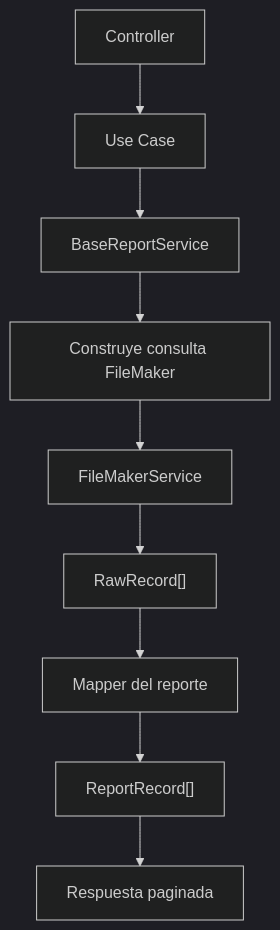
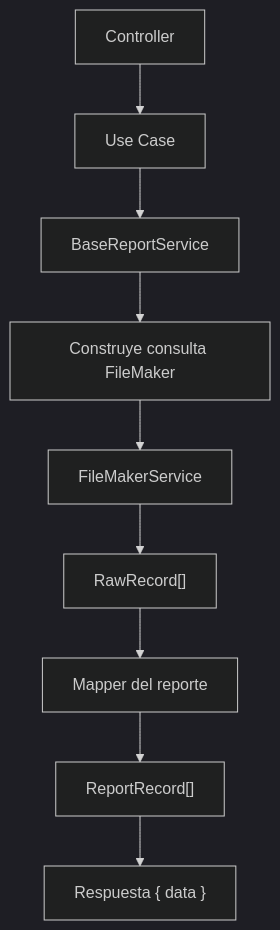
The diagram in repgen-backend/docs/reports/workflow/EXPLICACION_FLUJO_REPORTES.md (99-Soluciones/rep-gen), drawn with Mermaid (dark theme) before and after one commit. The commit also changed other lines of this file and 63 other files, not shown here.

````diff
--- a/repgen-backend/docs/reports/workflow/EXPLICACION_FLUJO_REPORTES.md
+++ b/repgen-backend/docs/reports/workflow/EXPLICACION_FLUJO_REPORTES.md
@@ -9,11 +9,11 @@
 ```mermaid
 flowchart TD
   A[Controller] --> B[Use Case]
   B --> C[BaseReportService]
   C --> D[Construye consulta FileMaker]
   D --> E[FileMakerService]
   E --> F["RawRecord[]"]
   F --> G[Mapper del reporte]
   G --> H["ReportRecord[]"]
-  H --> I[Respuesta paginada]
+  H --> I["Respuesta { data }"]
 ```
````
